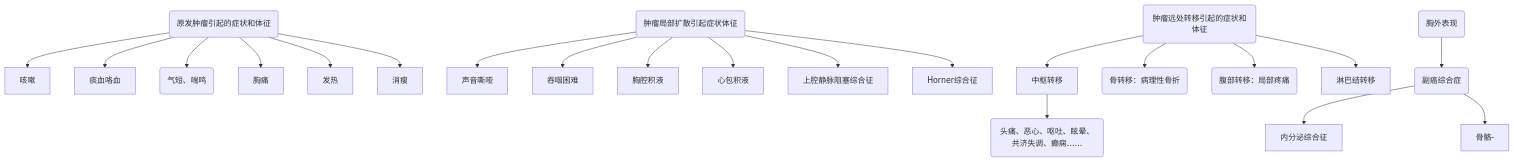
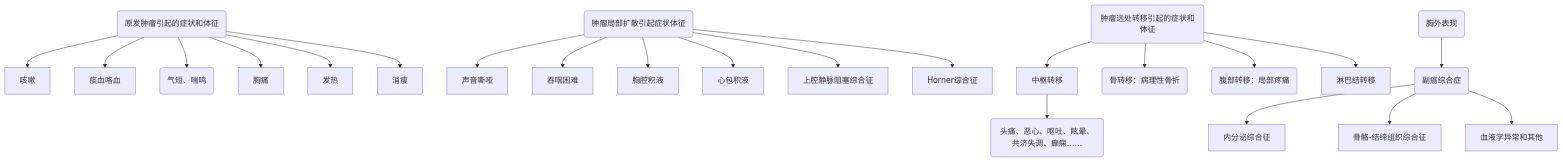
Before and after one commit to viket-vista/Notes: the fifth of 5 diagrams in 大三下/内科学.md, drawn with Mermaid. The commit also changed other lines of this file, not shown here.

````diff
--- a/大三下/内科学.md
+++ b/大三下/内科学.md
@@ -165,23 +165,24 @@
 ```mermaid
 graph TD
 A(原发肿瘤引起的症状和体征) --> 咳嗽
 A --> 痰血咯血
 A --> B("气短、喘鸣")
 A --> 胸痛
 A --> 发热
 A --> 消瘦
 A
 D(肿瘤局部扩散引起症状体征)--> 声音嘶哑
 D --> 吞咽困难
 D --> 胸腔积液
 D --> 心包积液
 D --> 上腔静脉阻塞综合征
 D --> Horner综合征
 C(肿瘤远处转移引起的症状和体征) --> 中枢转移 --> E("头痛、恶心、呕吐、眩晕、共济失调、癫痫……")
 C --> F("骨转移：病理性骨折")
 C --> G("腹部转移：局部疼痛")
 C --> 淋巴结转移
 H(胸外表现) --> I(副癌综合症) --> 内分泌综合征
-I --> 骨骼-
+I --> 骨骼-结缔组织综合征
+I --> 血液学异常和其他
 
 ```
````
